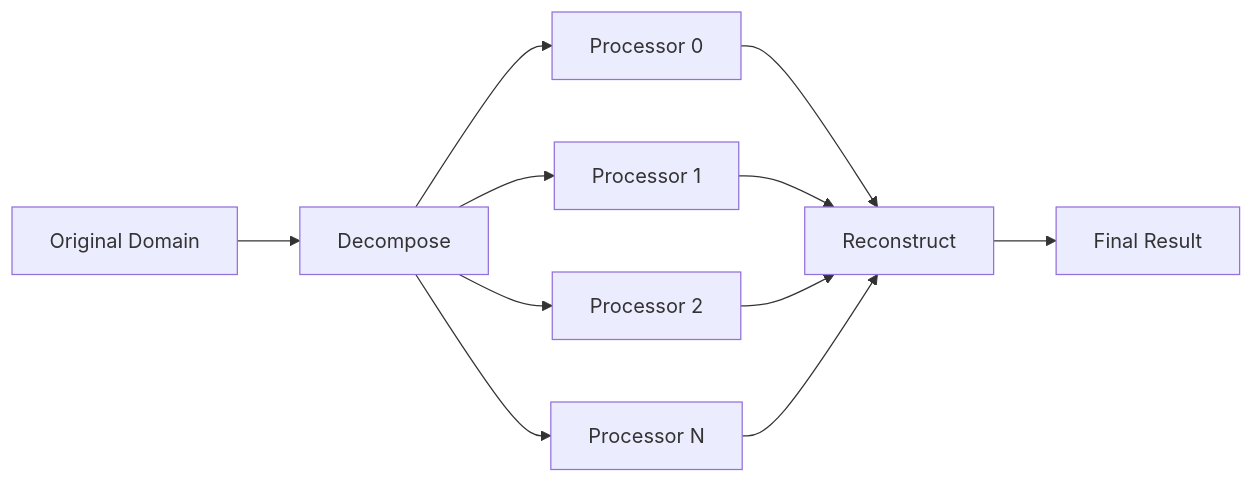
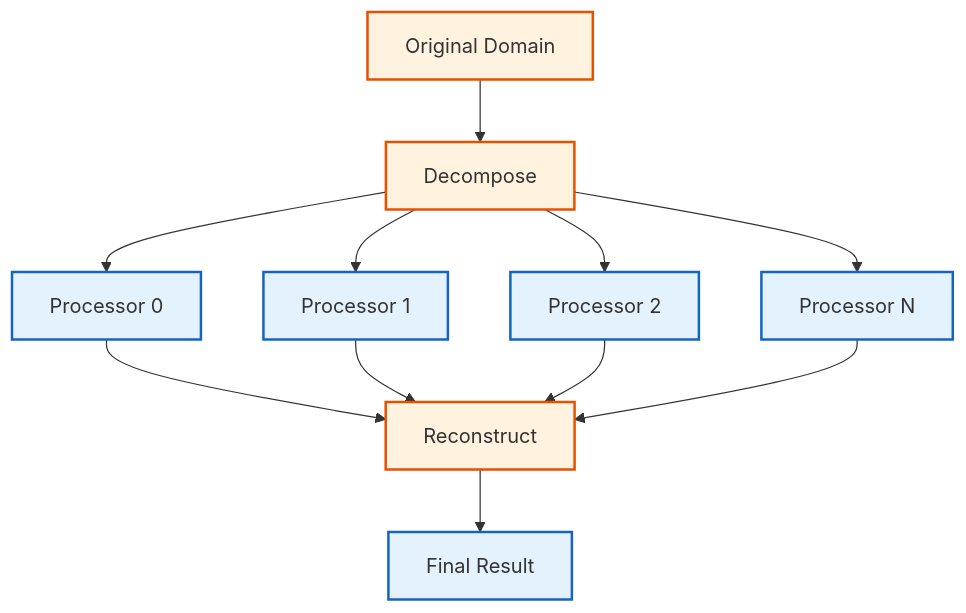
The fourth of 4 diagrams in MODULE_07_UTILITIES_AUTOMATION/CONTENT/08_EXPERT_UTILITIES/03_Architecture_and_Design_Patterns.md (wramet/build-my-cfd), drawn with Mermaid before and after one commit. The commit also changed other lines of this file and 313 other files, not shown here.

Commit message:
Revise all diagram

````diff
--- a/MODULE_07_UTILITIES_AUTOMATION/CONTENT/08_EXPERT_UTILITIES/03_Architecture_and_Design_Patterns.md
+++ b/MODULE_07_UTILITIES_AUTOMATION/CONTENT/08_EXPERT_UTILITIES/03_Architecture_and_Design_Patterns.md
@@ -632,13 +645,17 @@
 ```mermaid
-flowchart LR
-    A[Original Domain] --> B[Decompose]
-    B --> C[Processor 0]
-    B --> D[Processor 1]
-    B --> E[Processor 2]
-    B --> F[Processor N]
-    C --> G[Reconstruct]
-    D --> G
-    E --> G
-    F --> G
-    G --> H[Final Result]
+flowchart TD
+%% Classes
+classDef explicit fill:#fff3e0,stroke:#e65100,stroke-width:2px;
+classDef implicit fill:#e3f2fd,stroke:#1565c0,stroke-width:2px;
+%% Nodes
+A[Original Domain]:::explicit --> B[Decompose]:::explicit
+B --> C[Processor 0]:::implicit
+B --> D[Processor 1]:::implicit
+B --> E[Processor 2]:::implicit
+B --> F[Processor N]:::implicit
+C --> G[Reconstruct]:::explicit
+D --> G
+E --> G
+F --> G
+G --> H[Final Result]:::implicit
 ```
````
